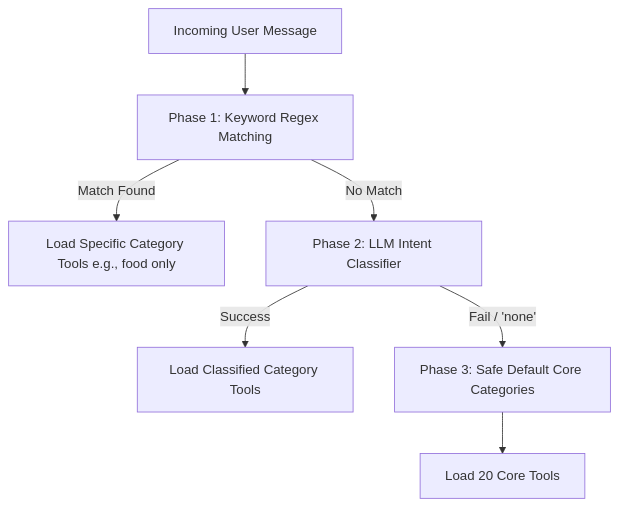
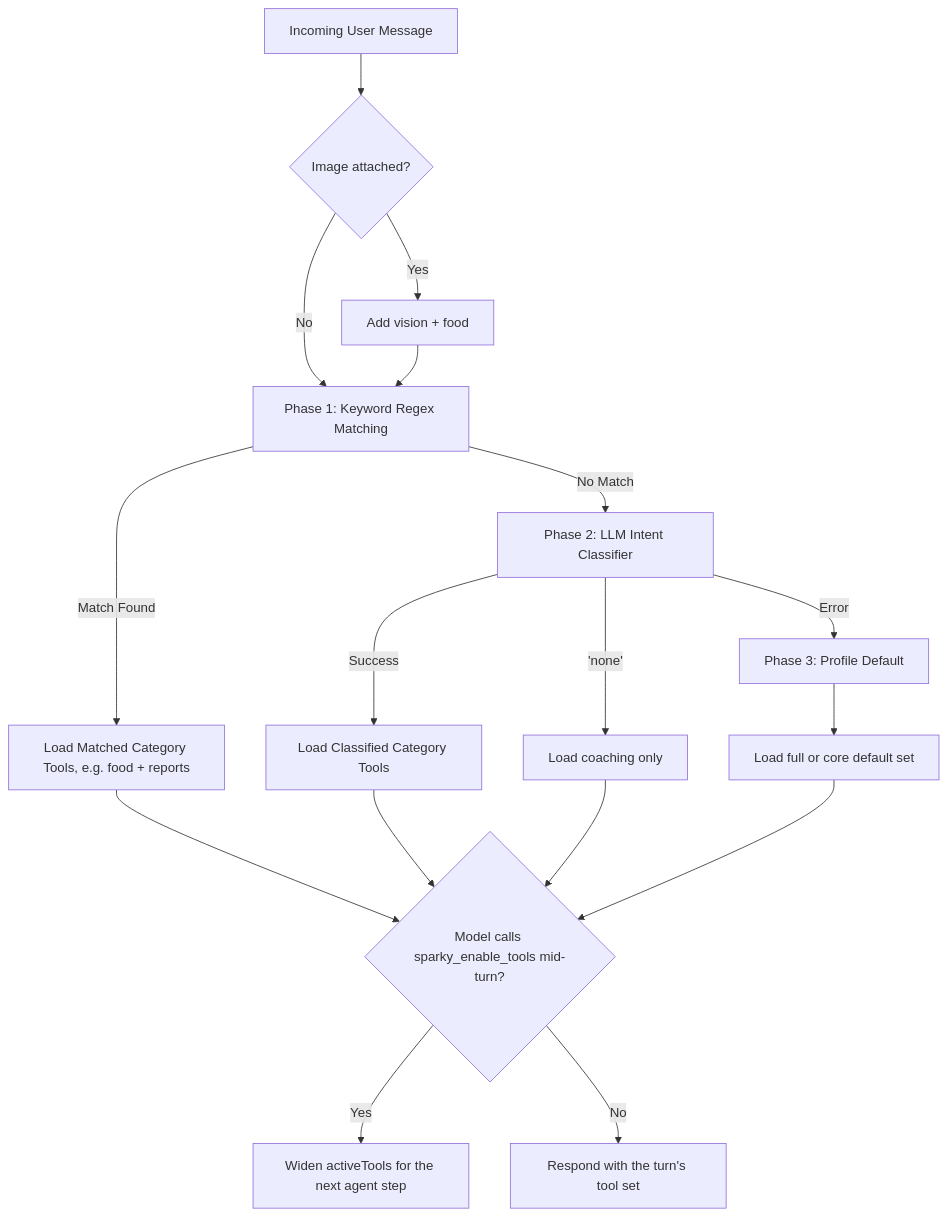
The diagram in docs/content/8.developer/8.advanced/2.chatbot-workflow.md (CodeWithCJ/SparkyFitness), drawn with Mermaid before and after one commit. The commit also changed other lines of this file and 32 other files, not shown here.

````diff
--- a/docs/content/8.developer/8.advanced/2.chatbot-workflow.md
+++ b/docs/content/8.developer/8.advanced/2.chatbot-workflow.md
@@ -351,9 +361,19 @@
 ```mermaid
 graph TD
-    A[Incoming User Message] --> B[Phase 1: Keyword Regex Matching]
-    B -- Match Found --> C[Load Specific Category Tools e.g., food only]
+    A[Incoming User Message] --> AA{Image attached?}
+    AA -- Yes --> AB[Add vision + food]
+    AA -- No --> B[Phase 1: Keyword Regex Matching]
+    AB --> B
+    B -- Match Found --> C[Load Matched Category Tools, e.g. food + reports]
     B -- No Match --> D[Phase 2: LLM Intent Classifier]
     D -- Success --> E[Load Classified Category Tools]
-    D -- Fail / 'none' --> F[Phase 3: Safe Default Core Categories]
-    F --> G[Load 20 Core Tools]
+    D -- 'none' --> EN[Load coaching only]
+    D -- Error --> F[Phase 3: Profile Default]
+    F --> G["Load full or core default set"]
+    C --> H{Model calls sparky_enable_tools mid-turn?}
+    E --> H
+    EN --> H
+    G --> H
+    H -- Yes --> I[Widen activeTools for the next agent step]
+    H -- No --> J[Respond with the turn's tool set]
 ```
````
